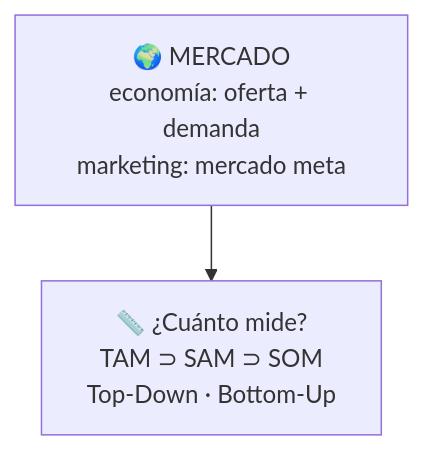
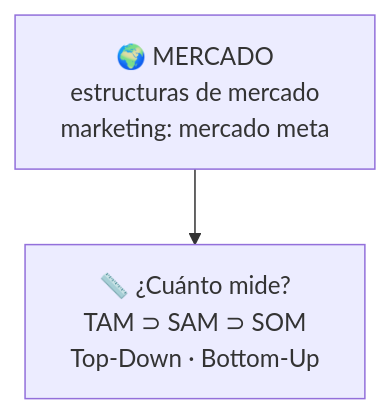
One commit to Valenpl/tecnologia-e-innovacion-uade changed the first of 2 diagrams in resto-de-la-materia/23-analisis-de-mercado-tam-sam-som.md. Above: the diagram before and after it, drawn with Mermaid. The commit also changed other lines of this file and 4 other files, not shown here.

First line of the commit message:
Temas 23 y 24: se quitan oferta y demanda y CAPM (v2026.10.09.2)

````diff
--- a/resto-de-la-materia/23-analisis-de-mercado-tam-sam-som.md
+++ b/resto-de-la-materia/23-analisis-de-mercado-tam-sam-som.md
@@ -39,5 +38,5 @@
 ```mermaid
 flowchart TB
-    M["🌍 MERCADO<br/>economía: oferta + demanda<br/>marketing: mercado meta"]
+    M["🌍 MERCADO<br/>estructuras de mercado<br/>marketing: mercado meta"]
     M --> T["📏 ¿Cuánto mide?<br/>TAM ⊃ SAM ⊃ SOM<br/>Top-Down · Bottom-Up"]
 ```
````
